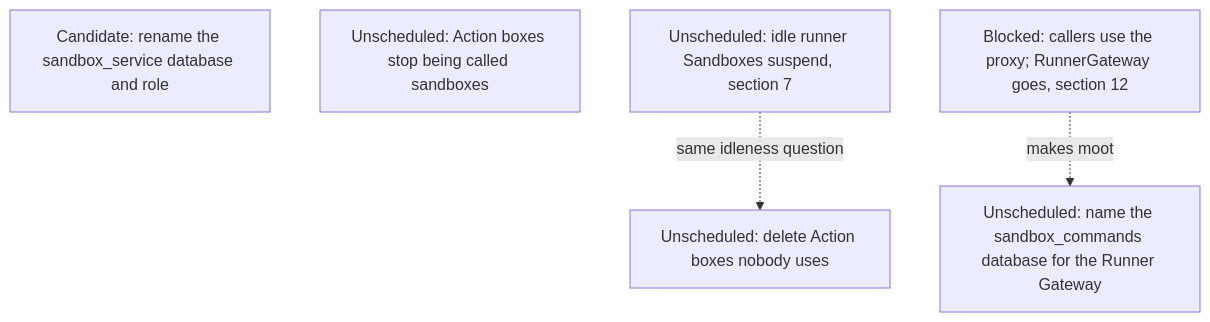
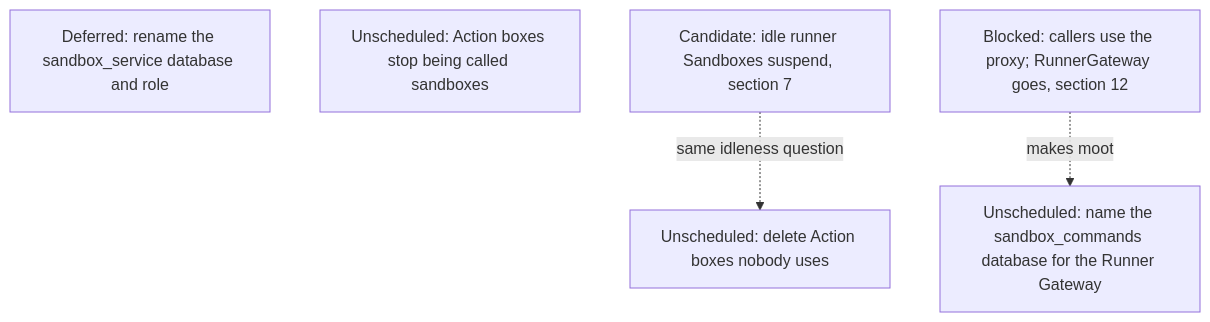
Diagram 12 of 15 in agentplane/plans/task_dag.md (agentydragon-agent/ducktape), drawn with Mermaid before and after one commit. The commit also changed other lines of this file and 12 other files, not shown here.

````diff
--- a/agentplane/plans/task_dag.md
+++ b/agentplane/plans/task_dag.md
@@ -989,9 +919,9 @@
 ```mermaid
 flowchart TD
-    HISTORY_DATABASE_RENAME[Candidate: rename the sandbox_service database and role]
+    HISTORY_DATABASE_RENAME[Deferred: rename the sandbox_service database and role]
     SANDBOX_DATABASE_RENAME[Unscheduled: name the sandbox_commands database for the Runner Gateway]
     ACTION_BOX_RENAME[Unscheduled: Action boxes stop being called sandboxes]
     ACTION_BOX_IDLE_REAPER[Unscheduled: delete Action boxes nobody uses]
-    SANDBOX_IDLE_EXPIRY[Unscheduled: idle runner Sandboxes suspend, section 7] -. same idleness question .-> ACTION_BOX_IDLE_REAPER
+    SANDBOX_IDLE_EXPIRY[Candidate: idle runner Sandboxes suspend, section 7] -. same idleness question .-> ACTION_BOX_IDLE_REAPER
     GATEWAY_WRAPPER_RETIRE[Blocked: callers use the proxy; RunnerGateway goes, section 12] -. makes moot .-> SANDBOX_DATABASE_RENAME
 ```
````
